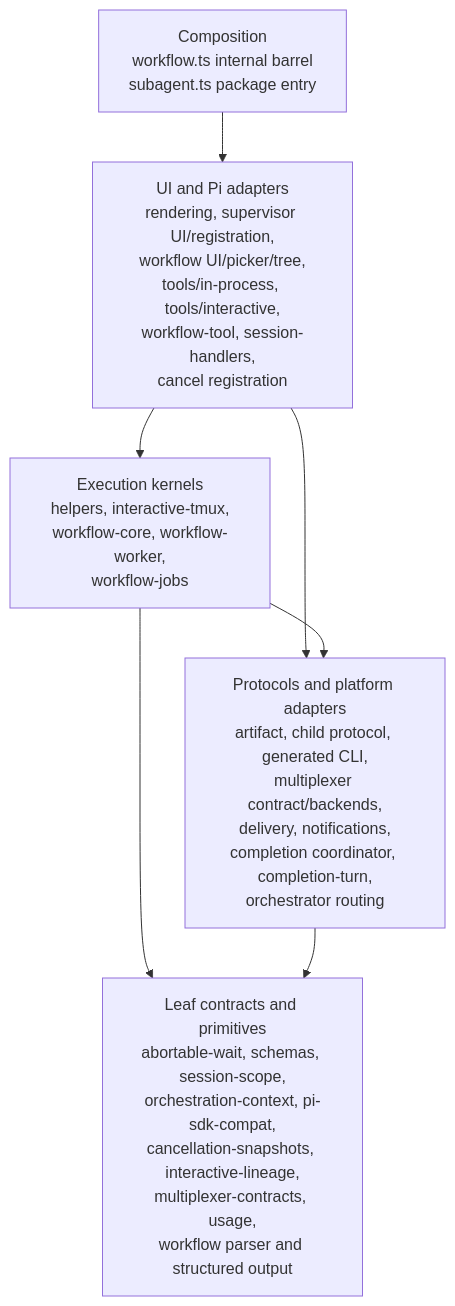
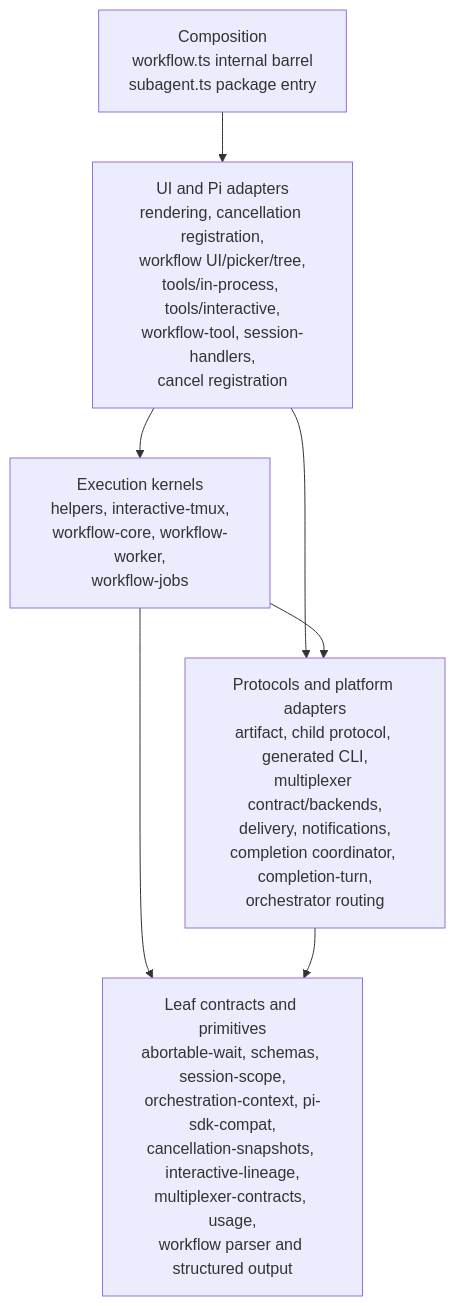
Before and after one commit to lmn451/pi-subagentura: the second of 8 diagrams in architecture.md, drawn with Mermaid. The commit also changed other lines of this file and 21 other files, not shown here.

````diff
--- a/architecture.md
+++ b/architecture.md
@@ -247,39 +247,39 @@
 ```mermaid
 flowchart TB
   L0[Leaf contracts and primitives
 abortable-wait, schemas, session-scope,
 orchestration-context, pi-sdk-compat,
 cancellation-snapshots, interactive-lineage,
 multiplexer-contracts, usage,
 workflow parser and structured output]
 
   L1[Protocols and platform adapters
 artifact, child protocol, generated CLI,
 multiplexer contract/backends,
 delivery, notifications,
 completion coordinator, completion-turn,
 orchestrator routing]
 
   L2[Execution kernels
 helpers, interactive-tmux,
 workflow-core, workflow-worker,
 workflow-jobs]
 
   L3[UI and Pi adapters
-rendering, supervisor UI/registration,
+rendering, cancellation registration,
 workflow UI/picker/tree,
 tools/in-process, tools/interactive,
 workflow-tool, session-handlers,
 cancel registration]
 
   L4[Composition
 workflow.ts internal barrel
 subagent.ts package entry]
 
   L4 --> L3
   L3 --> L2
   L3 --> L1
   L2 --> L1
   L2 --> L0
   L1 --> L0
 ```
````
